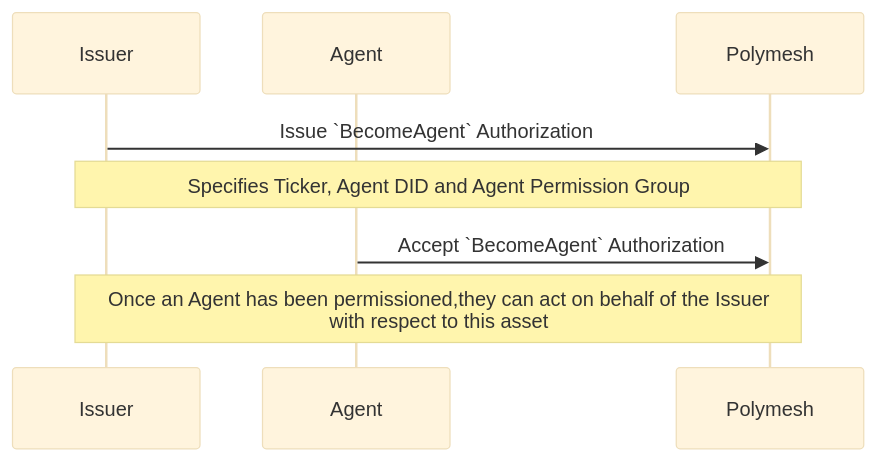
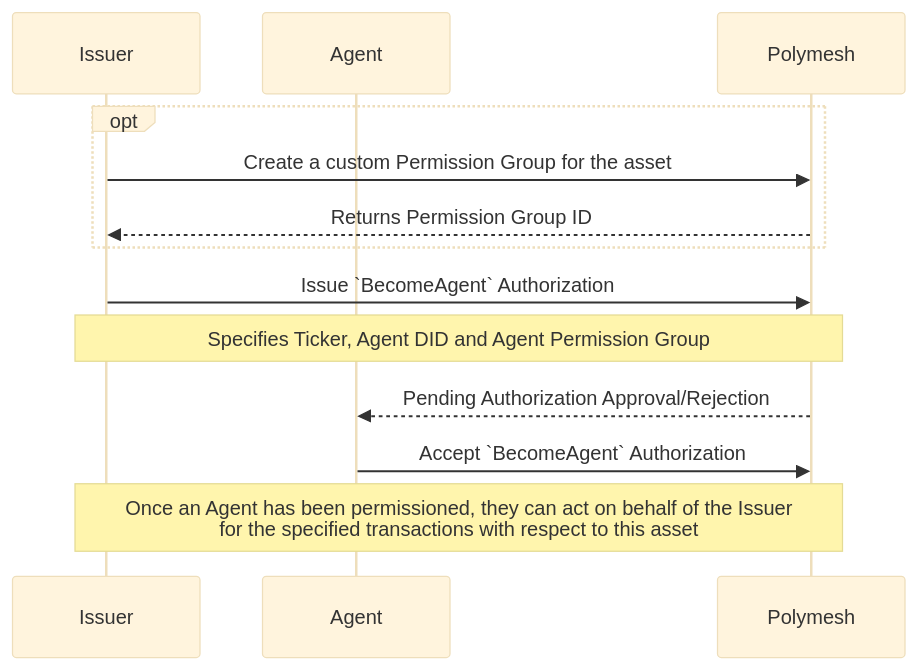
Before and after one commit to PolymeshAssociation/polymesh-documentation-site: the second of 5 diagrams in polymesh-docs/primitives/settlement-diagrams.mdx, drawn with Mermaid (base theme). The commit also changed other lines of this file, not shown here.

Commit message:
Update diagrams

````diff
--- a/polymesh-docs/primitives/settlement-diagrams.mdx
+++ b/polymesh-docs/primitives/settlement-diagrams.mdx
@@ -44,11 +44,16 @@
 ```mermaid
 sequenceDiagram
 participant I as Issuer
 participant A as Agent
 participant P as Polymesh
 
+opt
+  I ->> P: Create a custom Permission Group for the asset
+  P -->> I: Returns Permission Group ID
+end
 I ->> P: Issue `BecomeAgent` Authorization
 Note over I,P: Specifies Ticker, Agent DID and Agent Permission Group
+P -->> A: Pending Authorization Approval/Rejection
 A ->> P: Accept `BecomeAgent` Authorization
-Note over I, P: Once an Agent has been permissioned,they can act on behalf of the Issuer<br/>with respect to this asset
+Note over I, P: Once an Agent has been permissioned, they can act on behalf of the Issuer<br/> for the specified transactions with respect to this asset
 ```
````
